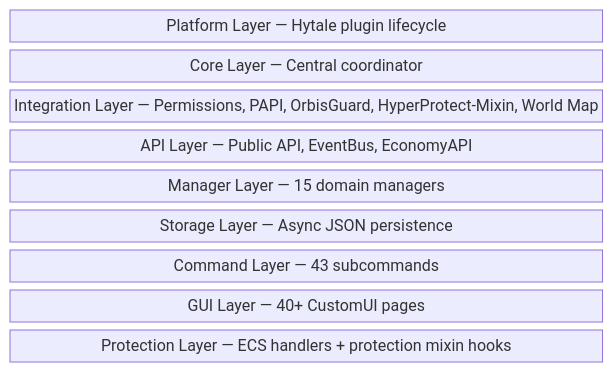
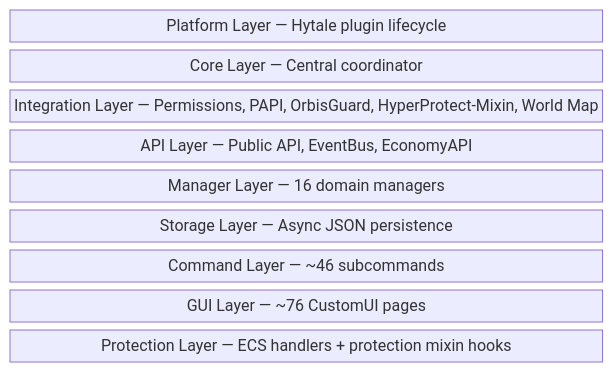
The diagram in docs/architecture.md (HyperSystems-Development/HyperFactions), drawn with Mermaid before and after one commit. The commit also changed other lines of this file and 10 other files, not shown here.

````diff
--- a/docs/architecture.md
+++ b/docs/architecture.md
@@ -9,13 +9,13 @@
 ```mermaid
 block-beta
     columns 1
     A["Platform Layer — Hytale plugin lifecycle"]
     B["Core Layer — Central coordinator"]
     C["Integration Layer — Permissions, PAPI, OrbisGuard, HyperProtect-Mixin, World Map"]
     D["API Layer — Public API, EventBus, EconomyAPI"]
-    E["Manager Layer — 15 domain managers"]
+    E["Manager Layer — 16 domain managers"]
     F["Storage Layer — Async JSON persistence"]
-    G["Command Layer — 43 subcommands"]
-    H["GUI Layer — 40+ CustomUI pages"]
+    G["Command Layer — ~46 subcommands"]
+    H["GUI Layer — ~76 CustomUI pages"]
     I["Protection Layer — ECS handlers + protection mixin hooks"]
 ```
````
